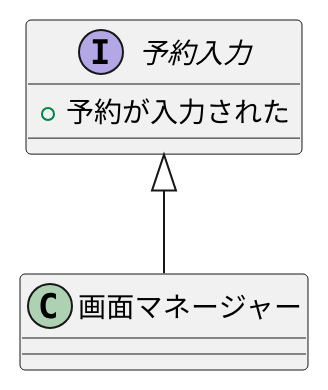
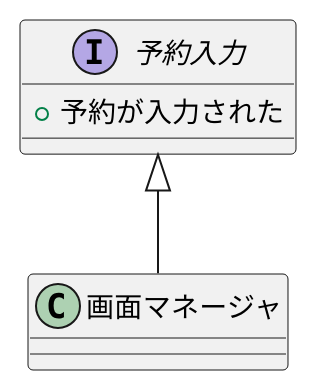
The diagram in 例題3-1_予約入力インターフェース.pu (mimoza126/uml-introduction), drawn with PlantUML before and after one commit.

```diff
--- a/例題3-1_予約入力インターフェース.pu
+++ b/例題3-1_予約入力インターフェース.pu
@@ -1,7 +1,7 @@
 @startuml 予約入力
 interface 予約入力{
 + 予約が入力された
 }
-class 画面マネージャー {}
-予約入力 <|--画面マネージャー 
+class 画面マネージャ {}
+予約入力 <|--画面マネージャ 
 @enduml
```
